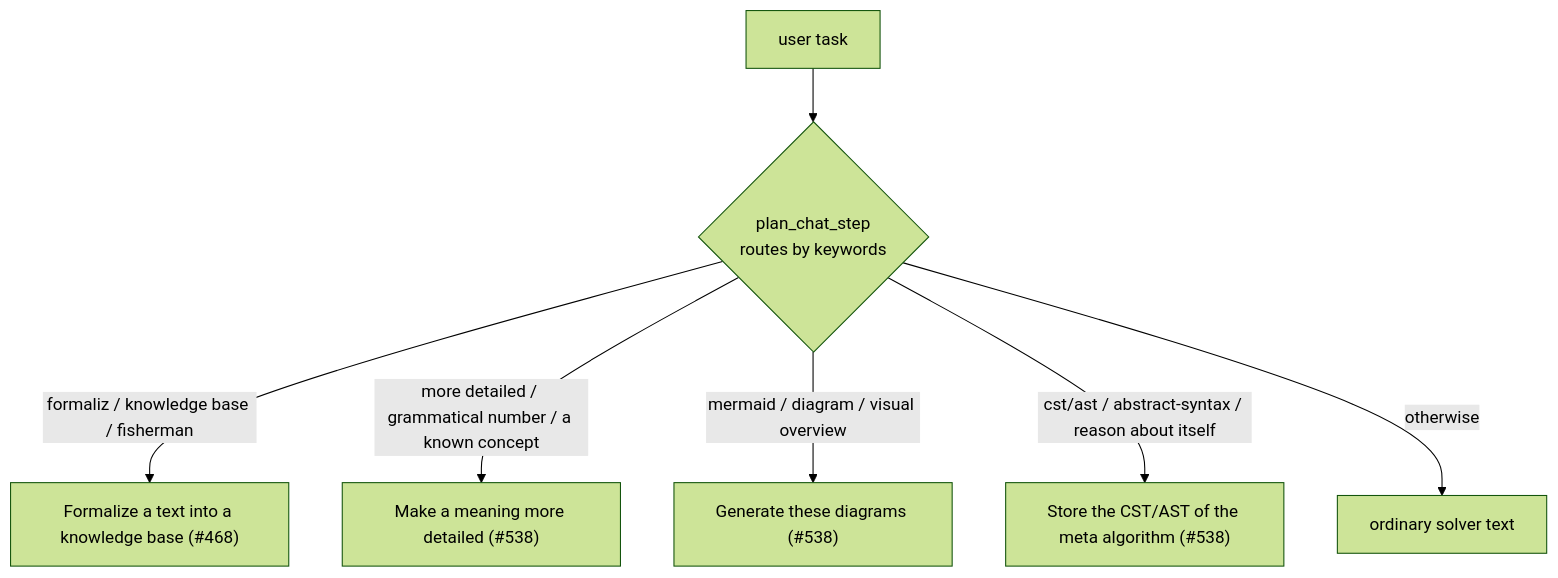
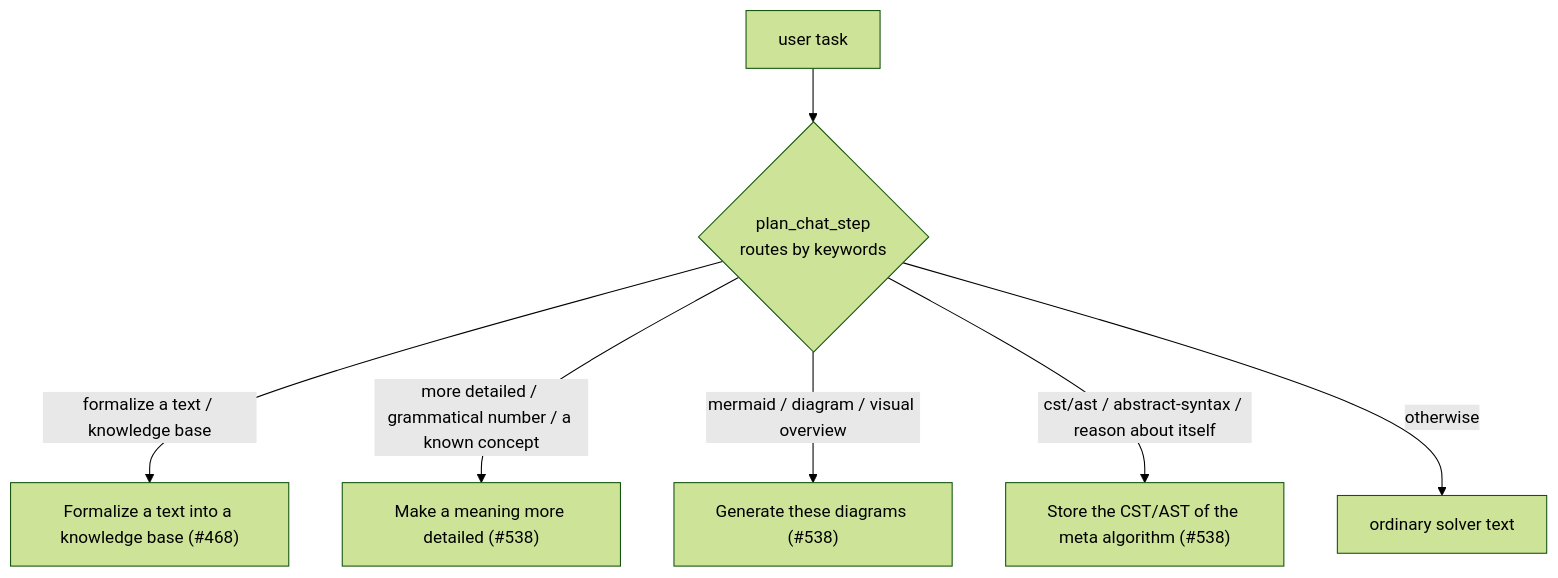
The first of 5 diagrams in docs/diagrams/agentic-recipes.md (link-assistant/formal-ai), drawn with Mermaid (forest theme) before and after one commit. The commit also changed other lines of this file and 61 other files, not shown here.

````diff
--- a/docs/diagrams/agentic-recipes.md
+++ b/docs/diagrams/agentic-recipes.md
@@ -18,9 +18,9 @@
 ```mermaid
 flowchart TD
     user["user task"] --> router{"plan_chat_step<br/>routes by keywords"}
-    router -->|"formaliz / knowledge base / fisherman"| formalize["Formalize a text into a knowledge base (#468)"]
+    router -->|"formalize a text / knowledge base"| formalize["Formalize a text into a knowledge base (#468)"]
     router -->|"more detailed / grammatical number / a known concept"| meaning["Make a meaning more detailed (#538)"]
     router -->|"mermaid / diagram / visual overview"| diagram["Generate these diagrams (#538)"]
     router -->|"cst/ast / abstract-syntax / reason about itself"| self_ast["Store the CST/AST of the meta algorithm (#538)"]
     router -->|"otherwise"| solver["ordinary solver text"]
 ```
````
